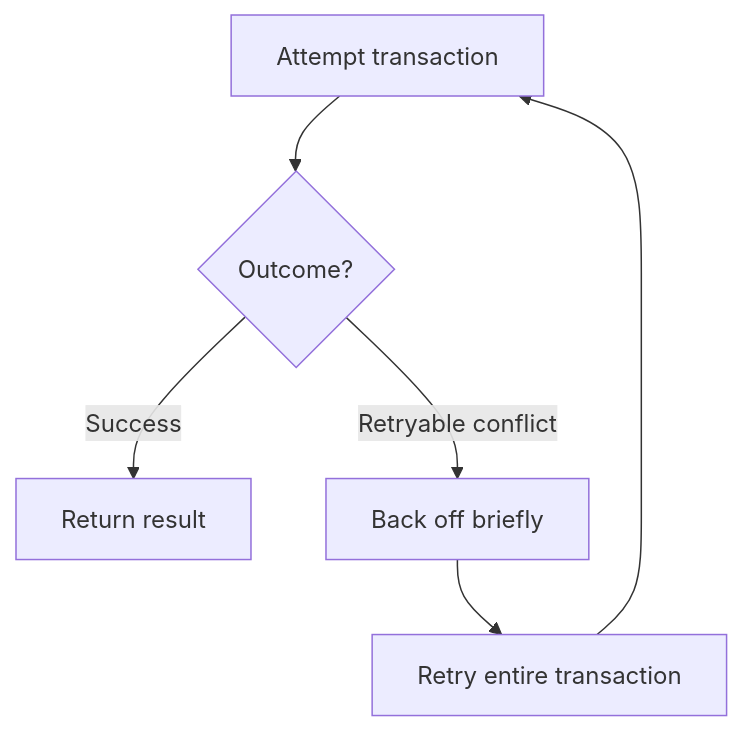
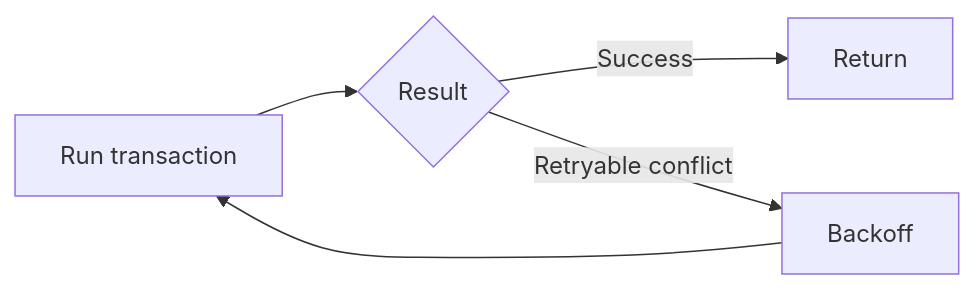
The fifth of 5 diagrams in src/content/databases/acid-properties.md (AvadhBhalodiya/Interview-Preparation), drawn with Mermaid before and after one commit. The commit also changed other lines of this file and 80 other files, not shown here.

````diff
--- a/src/content/databases/acid-properties.md
+++ b/src/content/databases/acid-properties.md
@@ -735,8 +388,7 @@
 ```mermaid
-flowchart TD
-    A[Attempt transaction] --> O{Outcome?}
-    O -->|Success| R[Return result]
-    O -->|Retryable conflict| B[Back off briefly]
-    B --> RT[Retry entire transaction]
-    RT --> A
+flowchart LR
+    A[Run transaction] --> B{Result}
+    B -->|Success| C[Return]
+    B -->|Retryable conflict| D[Backoff]
+    D --> A
 ```
````
